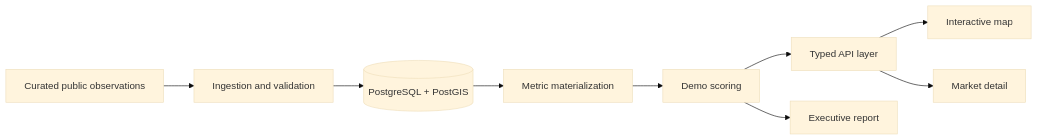
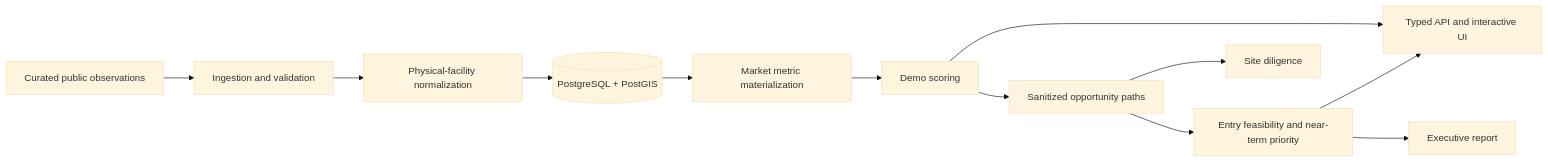
The second of 3 diagrams in README.md (jdgoetz/urgent-care-expansion-demo), drawn with Mermaid (base theme) before and after one commit. The commit also changed other lines of this file and 15 other files, not shown here.

````diff
--- a/README.md
+++ b/README.md
@@ -53,11 +53,14 @@
 ```mermaid
 flowchart LR
     A[Curated public observations] --> B[Ingestion and validation]
-    B --> C[(PostgreSQL + PostGIS)]
-    C --> D[Metric materialization]
-    D --> E[Demo scoring]
-    E --> F[Typed API layer]
-    F --> G[Interactive map]
-    F --> H[Market detail]
-    E --> I[Executive report]
+    B --> C[Physical-facility normalization]
+    C --> D[(PostgreSQL + PostGIS)]
+    D --> E[Market metric materialization]
+    E --> F[Demo scoring]
+    F --> G[Sanitized opportunity paths]
+    G --> H[Entry feasibility and near-term priority]
+    F --> I[Typed API and interactive UI]
+    H --> I
+    H --> J[Executive report]
+    G --> K[Site diligence]
 ```
````
